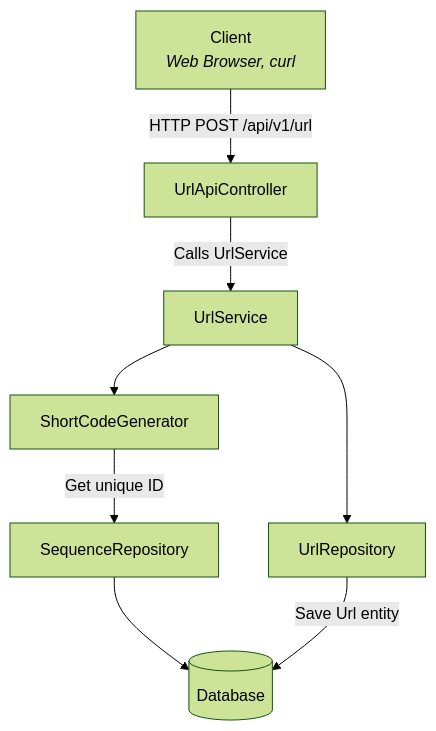
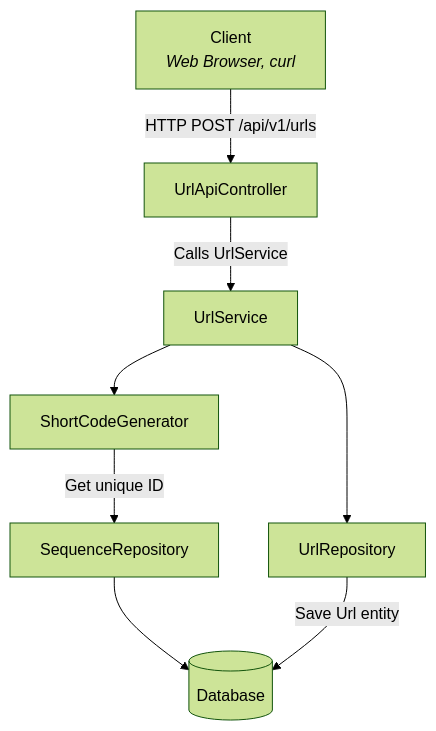
Before and after one commit to TohidHeshmati/tiny-url-service: the first of 3 diagrams in README.md, drawn with Mermaid (forest theme). The commit also changed other lines of this file, not shown here.

````diff
--- a/README.md
+++ b/README.md
@@ -144,10 +130,10 @@
 ```mermaid
 graph TD
-    Client[Client <br/><i>Web Browser, curl</i>] -- " HTTP POST /api/v1/url " --> Controller[UrlApiController]
+    Client[Client <br/><i>Web Browser, curl</i>] -- " HTTP POST /api/v1/urls " --> Controller[UrlApiController]
     Controller -- " Calls UrlService " --> Service[UrlService]
     Service --> SCG[ShortCodeGenerator]
     Service --> Repos[UrlRepository]
     SCG -- " Get unique ID " --> SeqRepo[SequenceRepository]
     SeqRepo --> DB[(Database)]
     Repos -- " Save Url entity " --> DB
 ```
````
